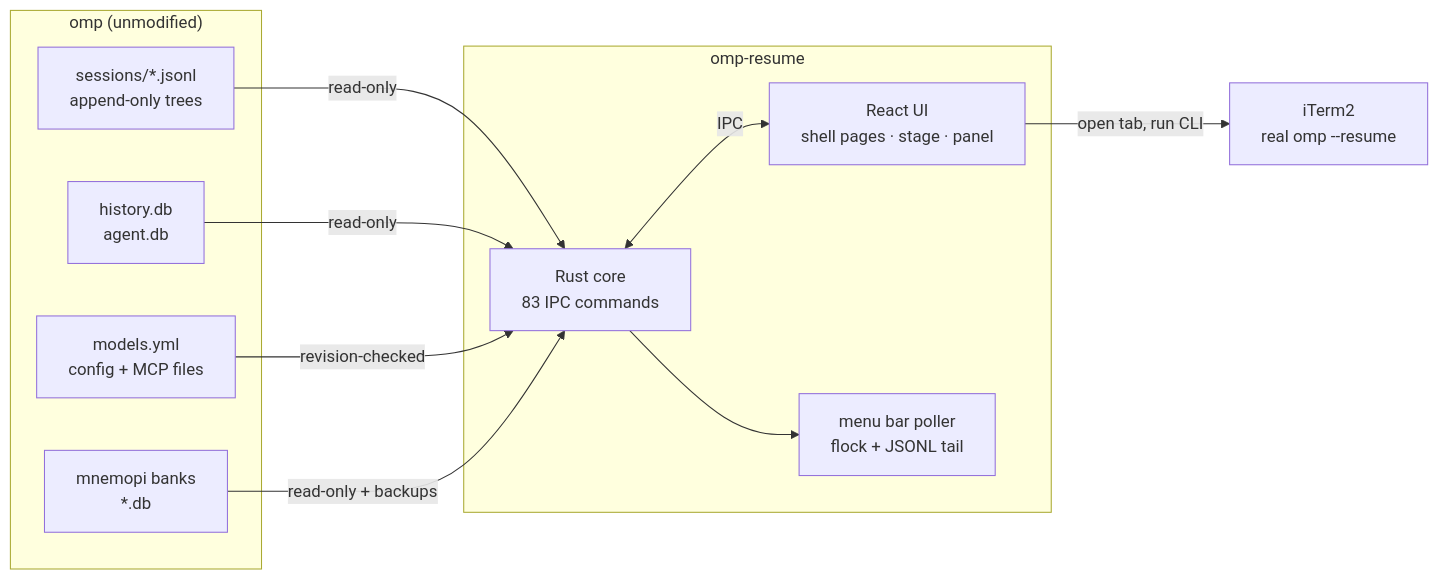
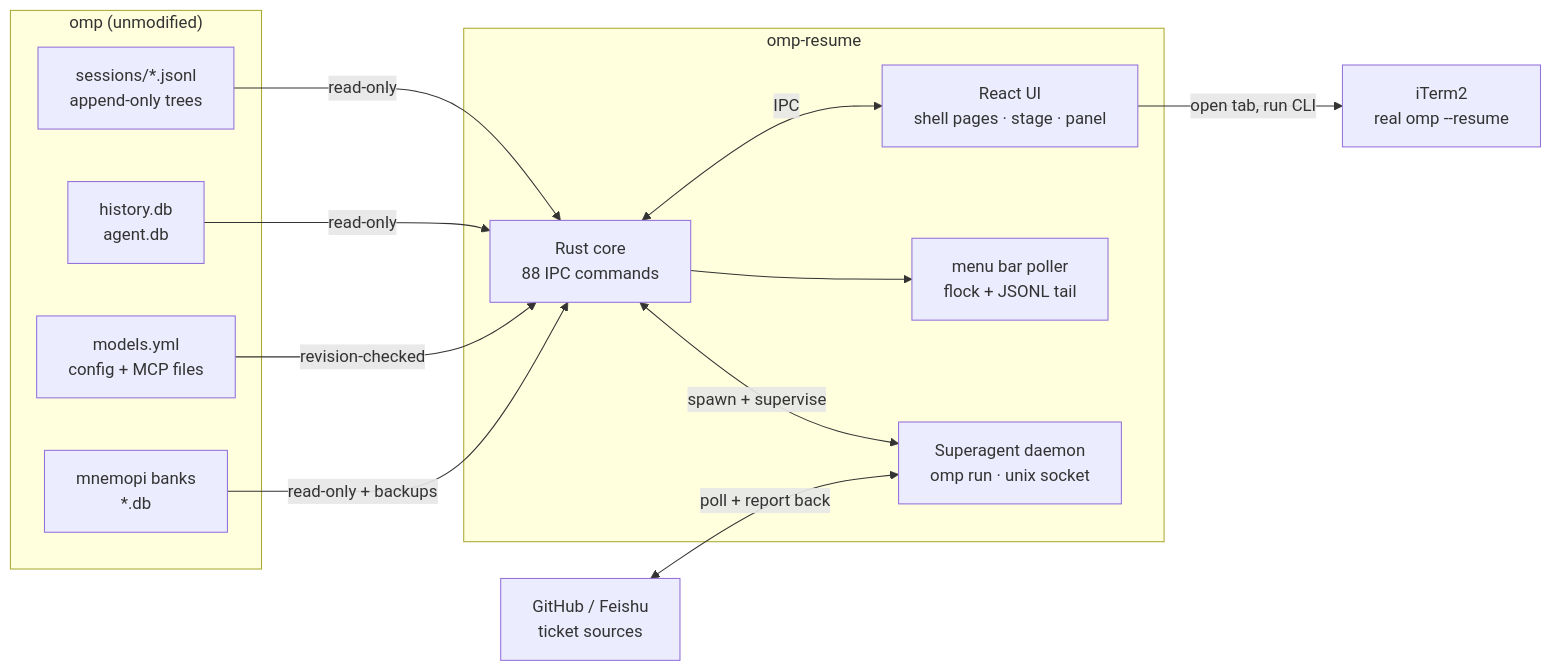
Before and after one commit to cjcj5438/omp-resume: the diagram in README.md, drawn with Mermaid. The commit also changed other lines of this file and 4 other files, not shown here.

````diff
--- a/README.md
+++ b/README.md
@@ -183,25 +214,29 @@
 ```mermaid
 flowchart LR
     subgraph omp["omp (unmodified)"]
         SJ["sessions/*.jsonl<br/>append-only trees"]
         DB["history.db<br/>agent.db"]
         CFG["models.yml<br/>config + MCP files"]
         MEM["mnemopi banks<br/>*.db"]
     end
 
     subgraph app["omp-resume"]
-        RS["Rust core<br/>83 IPC commands"]
+        RS["Rust core<br/>88 IPC commands"]
         UI["React UI<br/>shell pages · stage · panel"]
         MB["menu bar poller<br/>flock + JSONL tail"]
+        SA["Superagent daemon<br/>omp run · unix socket"]
     end
 
     IT["iTerm2<br/>real omp --resume"]
+    GH["GitHub / Feishu<br/>ticket sources"]
 
     SJ -->|read-only| RS
     DB -->|read-only| RS
     CFG -->|revision-checked| RS
     MEM -->|read-only + backups| RS
     RS <-->|IPC| UI
     RS --> MB
+    RS <-->|spawn + supervise| SA
     UI -->|"open tab, run CLI"| IT
+    GH <-->|"poll + report back"| SA
 ```
````
